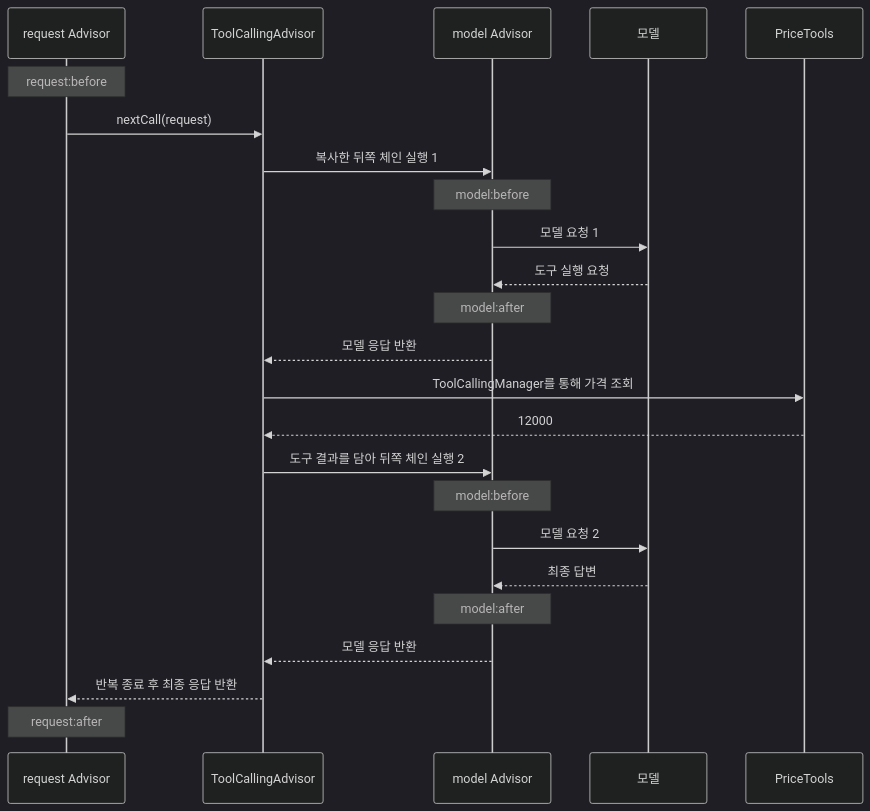
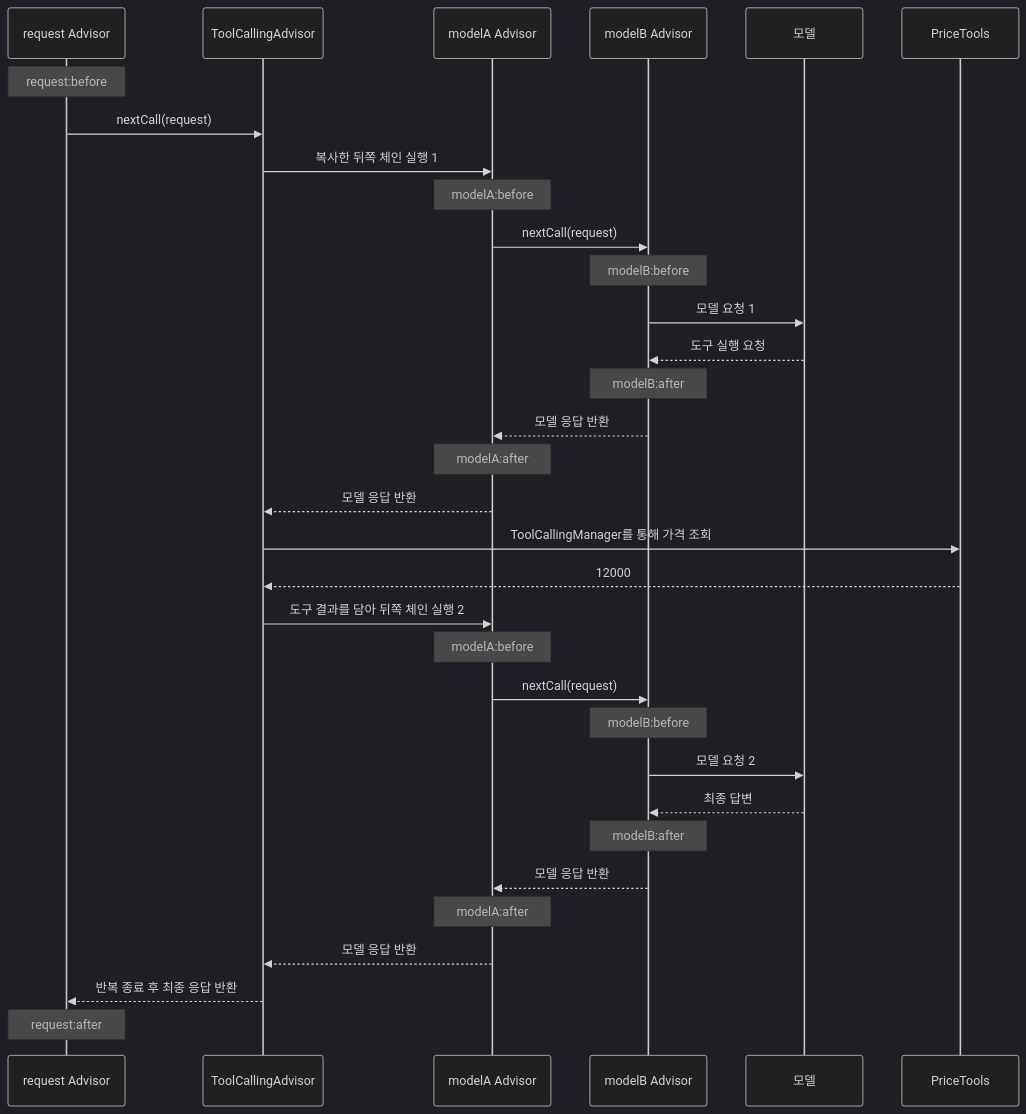
Before and after one commit to Justin-ad-Park/SpringShoppingAI: the diagram in Spring-AI-Agent-Learning/docs/lessons/08-advisors/07-tool-loop-order.md, drawn with Mermaid (dark theme). The commit also changed other lines of this file and 59 other files, not shown here.

````diff
--- a/Spring-AI-Agent-Learning/docs/lessons/08-advisors/07-tool-loop-order.md
+++ b/Spring-AI-Agent-Learning/docs/lessons/08-advisors/07-tool-loop-order.md
@@ -175,26 +180,35 @@
 ```mermaid
 sequenceDiagram
     participant R as request Advisor
     participant L as ToolCallingAdvisor
-    participant A as model Advisor
+    participant A as modelA Advisor
+    participant B as modelB Advisor
     participant M as 모델
     participant T as PriceTools
     Note over R: request:before
     R->>L: nextCall(request)
     L->>A: 복사한 뒤쪽 체인 실행 1
-    Note over A: model:before
-    A->>M: 모델 요청 1
-    M-->>A: 도구 실행 요청
-    Note over A: model:after
+    Note over A: modelA:before
+    A->>B: nextCall(request)
+    Note over B: modelB:before
+    B->>M: 모델 요청 1
+    M-->>B: 도구 실행 요청
+    Note over B: modelB:after
+    B-->>A: 모델 응답 반환
+    Note over A: modelA:after
     A-->>L: 모델 응답 반환
     L->>T: ToolCallingManager를 통해 가격 조회
     T-->>L: 12000
     L->>A: 도구 결과를 담아 뒤쪽 체인 실행 2
-    Note over A: model:before
-    A->>M: 모델 요청 2
-    M-->>A: 최종 답변
-    Note over A: model:after
+    Note over A: modelA:before
+    A->>B: nextCall(request)
+    Note over B: modelB:before
+    B->>M: 모델 요청 2
+    M-->>B: 최종 답변
+    Note over B: modelB:after
+    B-->>A: 모델 응답 반환
+    Note over A: modelA:after
     A-->>L: 모델 응답 반환
     L-->>R: 반복 종료 후 최종 응답 반환
     Note over R: request:after
 ```
````
